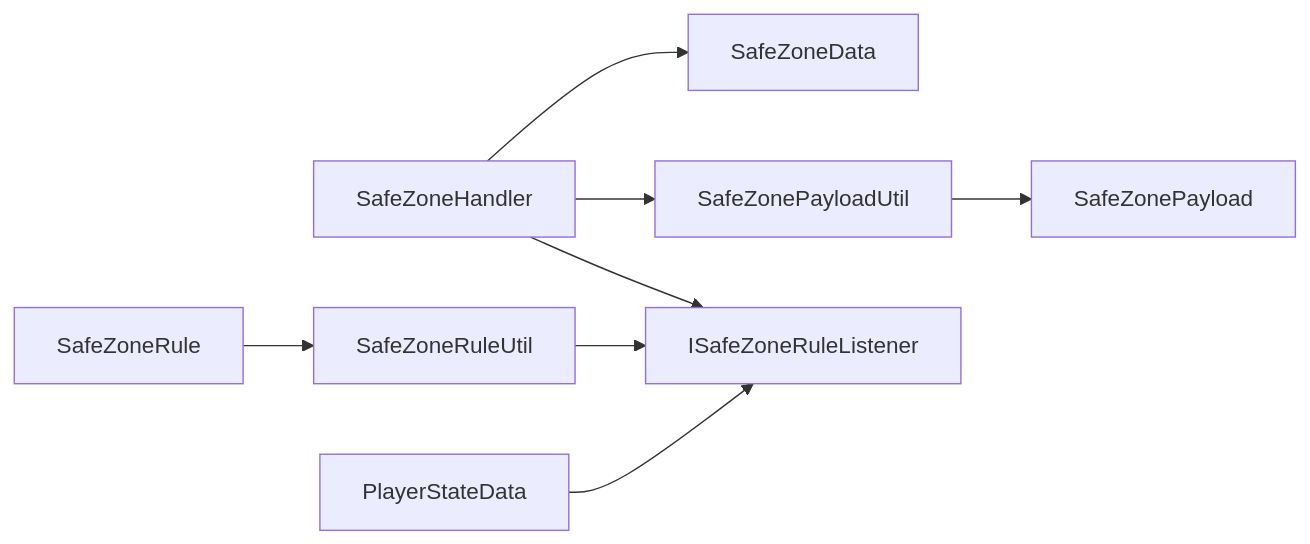
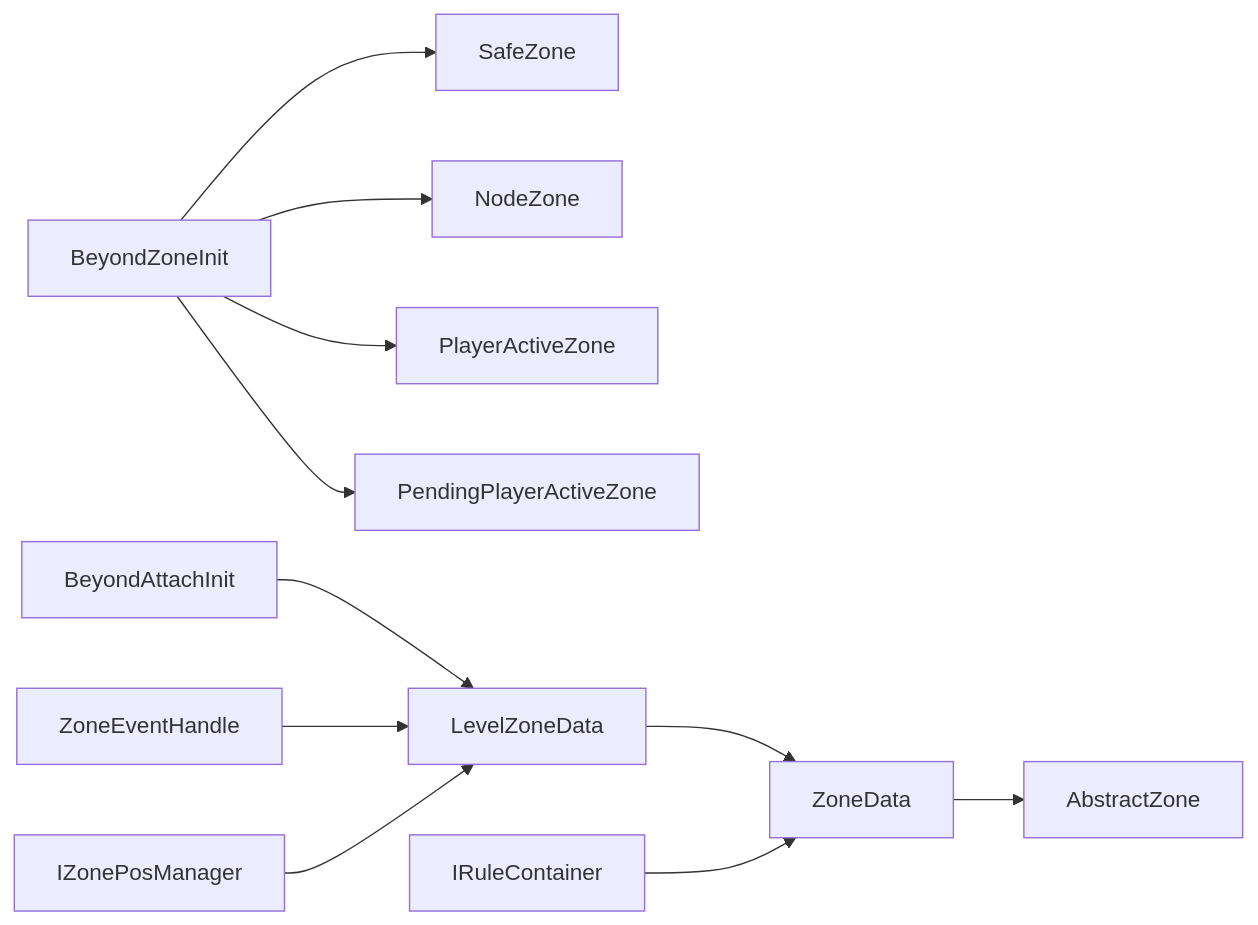
One commit to Ver-shift/SubModulesGeneHunter changed the ninth of 9 diagrams in .qoder/repowiki/zh/content/模块架构/Beyond安全区模块/安全区数据模型.md. Above: the diagram before and after it, drawn with Mermaid. The commit also changed other lines of this file and 42 other files, not shown here.

````diff
--- a/.qoder/repowiki/zh/content/模块架构/Beyond安全区模块/安全区数据模型.md
+++ b/.qoder/repowiki/zh/content/模块架构/Beyond安全区模块/安全区数据模型.md
@@ -370,10 +465,13 @@
 ```mermaid
 graph LR
-SZH["SafeZoneHandler"] --> SZD["SafeZoneData"]
-SZH --> SZPU["SafeZonePayloadUtil"]
-SZPU --> SZP["SafeZonePayload"]
-SZH --> ISR["ISafeZoneRuleListener"]
-SZRU["SafeZoneRuleUtil"] --> ISR
-SZRA["SafeZoneRule"] --> SZRU
-PSD["PlayerStateData"] --> ISR
+BZI["BeyondZoneInit"] --> SZ["SafeZone"]
+BZI --> NZ["NodeZone"]
+BZI --> PAZ["PlayerActiveZone"]
+BZI --> PPAZ["PendingPlayerActiveZone"]
+BAI["BeyondAttachInit"] --> LZD["LevelZoneData"]
+ZD["ZoneData"] --> AZ["AbstractZone"]
+LZD --> ZD
+ZEH["ZoneEventHandle"] --> LZD
+IRC["IRuleContainer"] --> ZD
+IZPM["IZonePosManager"] --> LZD
 ```
````
